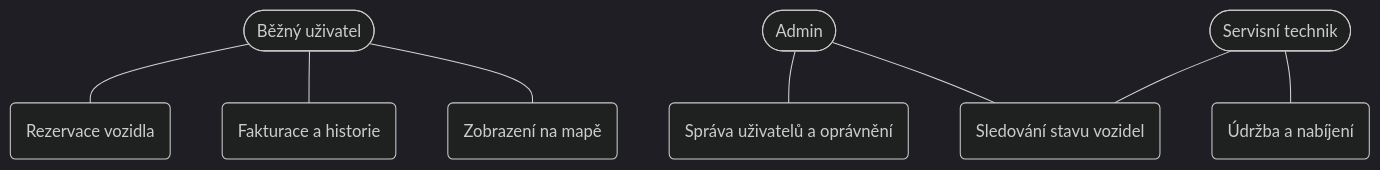
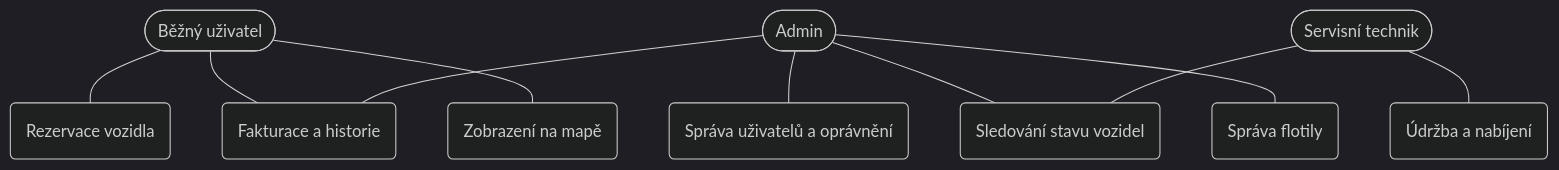
The fourth of 14 diagrams in report/01_pozadavky.md (jacobcpp/KSWI), drawn with Mermaid (dark theme) before and after one commit. The commit also changed other lines of this file and 7 other files, not shown here.

````diff
--- a/report/01_pozadavky.md
+++ b/report/01_pozadavky.md
@@ -91,21 +103,24 @@
 ```mermaid
 graph TB
     U([Běžný uživatel])
     A([Admin])
     T([Servisní technik])
 
     S1(Rezervace vozidla)
     S2(Sledování stavu vozidel)
     S3(Fakturace a historie)
     S4(Správa uživatelů a oprávnění)
     S5(Zobrazení na mapě)
     S6(Údržba a nabíjení)
+    S7(Správa flotily)
 
     U --- S1
     U --- S3
     U --- S5
     A --- S4
     A --- S2
+    A --- S3
+    A --- S7
     T --- S6
     T --- S2
 ```
````
